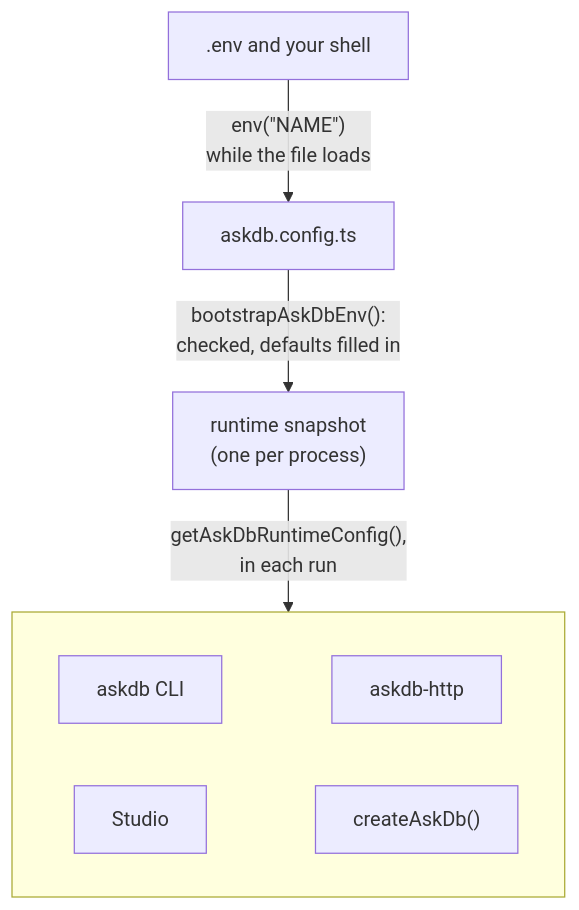
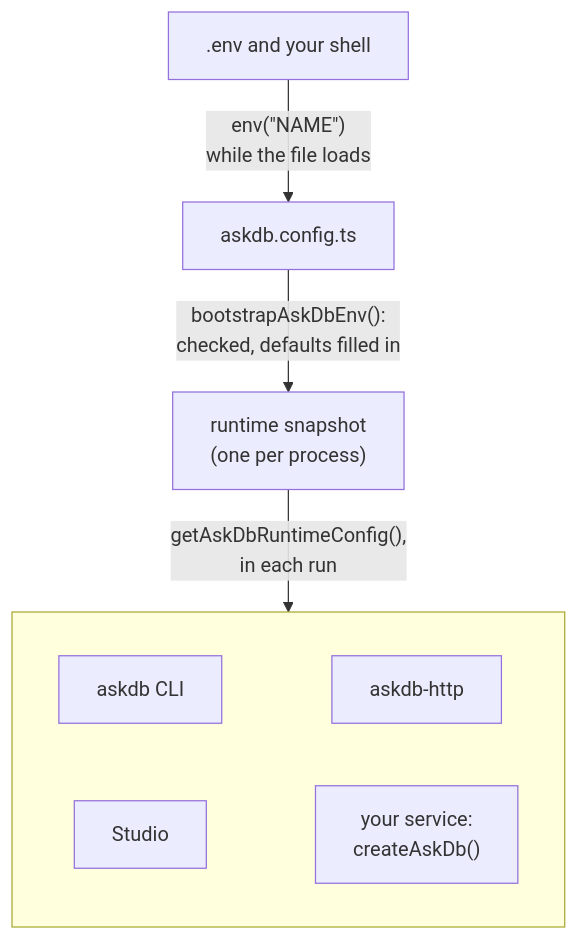
The diagram in apps/docs-site/src/content/docs/reference/config-api.mdx (Ygilany/AskDB), drawn with Mermaid before and after one commit. The commit also changed 3 other files, not shown here.

Commit message:
docs: fix the #878 review findings: the build error finds the line pele quotes, a test for a fence inside <figure>, the config diagram's service node, the CSS comment

````diff
--- a/apps/docs-site/src/content/docs/reference/config-api.mdx
+++ b/apps/docs-site/src/content/docs/reference/config-api.mdx
@@ -16,24 +16,24 @@
 ```mermaid
 flowchart TB
   %% @askdb/config: how a setting reaches a run. env() reads the environment only while the
   %% config file loads; bootstrapAskDbEnv() checks the result and installs it as the process's
   %% snapshot; each surface reads the snapshot with getAskDbRuntimeConfig().
   %% Source of truth: packages/config/src/bootstrap.ts (dotenv, then the config file, then
   %% setAskDbRuntime), env.ts, runtime-config.ts; callers in apps/cli/src/project-config.ts,
   %% apps/studio/src/bin.ts, apps/http-api/src/server.ts, packages/client/src/client.ts.
   %% The invisible links (~~~) put the four surfaces in two rows, so it fits a phone.
   env[".env and your shell"]
   file["askdb.config.ts"]
   snapshot["runtime snapshot<br/>(one per process)"]
   subgraph surfaces[" "]
     cli["askdb CLI"]
     studio["Studio"]
     http["askdb-http"]
-    client["createAskDb()"]
+    client["your service:<br/>createAskDb()"]
     cli ~~~ http
     studio ~~~ client
   end
   env -- "env(&quot;NAME&quot;)<br/>while the file loads" --> file
   file -- "bootstrapAskDbEnv():<br/>checked, defaults filled in" --> snapshot
   snapshot -- "getAskDbRuntimeConfig(),<br/>in each run" --> surfaces
 ```
````
